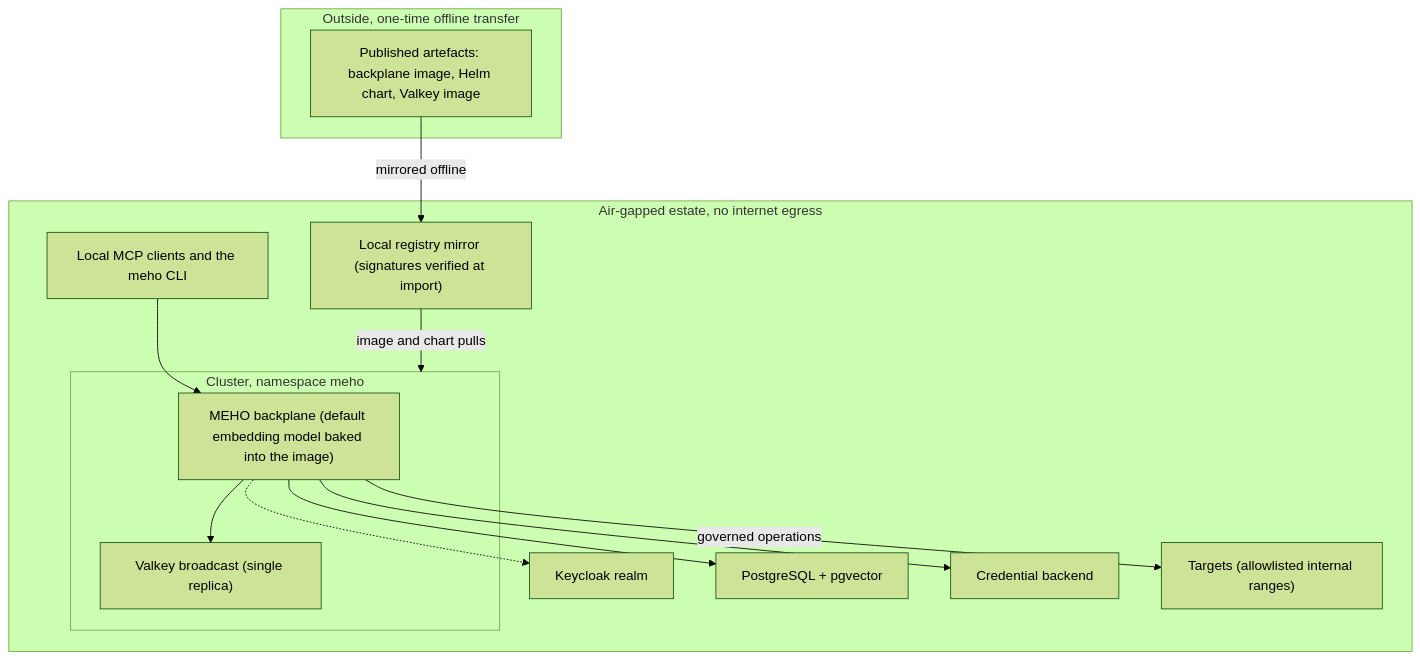
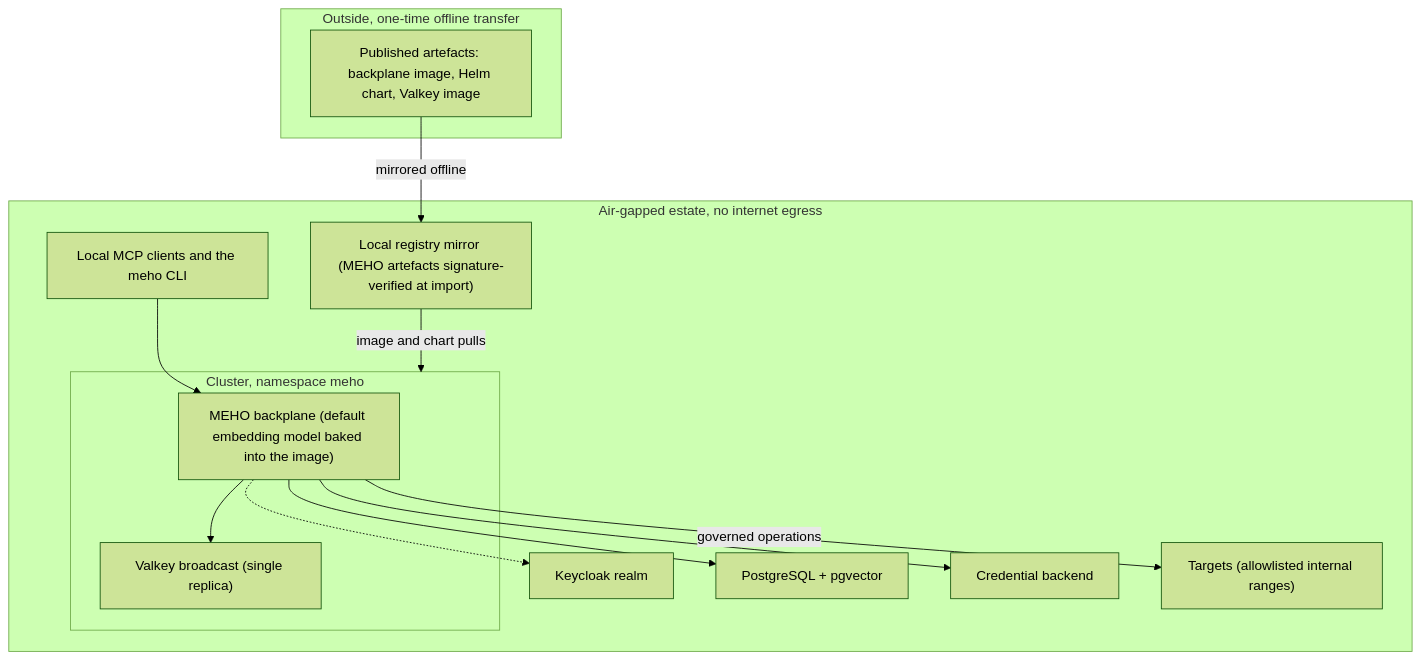
The third of 5 diagrams in docs-site/deployment-shapes.md (evoila/meho), drawn with Mermaid (forest theme) before and after one commit. The commit also changed other lines of this file, not shown here.

````diff
--- a/docs-site/deployment-shapes.md
+++ b/docs-site/deployment-shapes.md
@@ -233,26 +233,26 @@
 ```mermaid
 flowchart TB
   subgraph outside["Outside, one-time offline transfer"]
     src["Published artefacts: backplane image, Helm chart, Valkey image"]
   end
   subgraph estate["Air-gapped estate, no internet egress"]
-    mirror["Local registry mirror (signatures verified at import)"]
+    mirror["Local registry mirror (MEHO artefacts signature-verified at import)"]
     subgraph cluster["Cluster, namespace meho"]
       bp["MEHO backplane (default embedding model baked into the image)"]
       valkey["Valkey broadcast (single replica)"]
     end
     kc["Keycloak realm"]
     pg["PostgreSQL + pgvector"]
     vault["Credential backend"]
     local["Local MCP clients and the meho CLI"]
     targets["Targets (allowlisted internal ranges)"]
   end
   src -->|"mirrored offline"| mirror
   mirror -->|"image and chart pulls"| cluster
   local --> bp
   bp -.-> kc
   bp --> valkey
   bp --> pg
   bp --> vault
   bp -->|"governed operations"| targets
 ```
````
